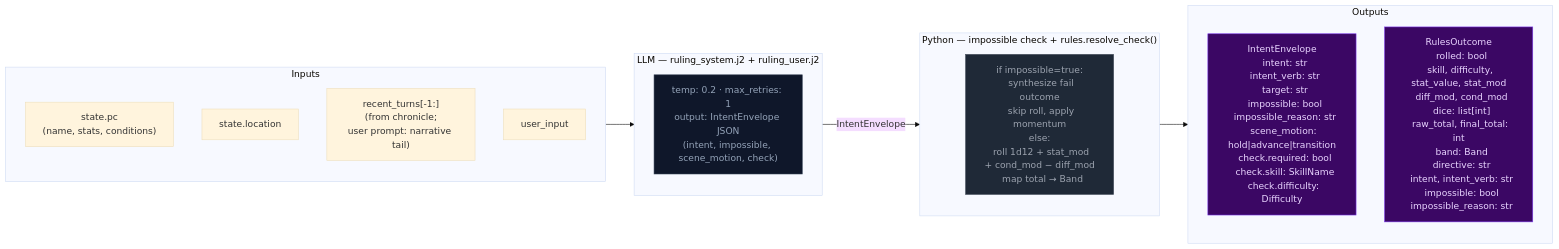
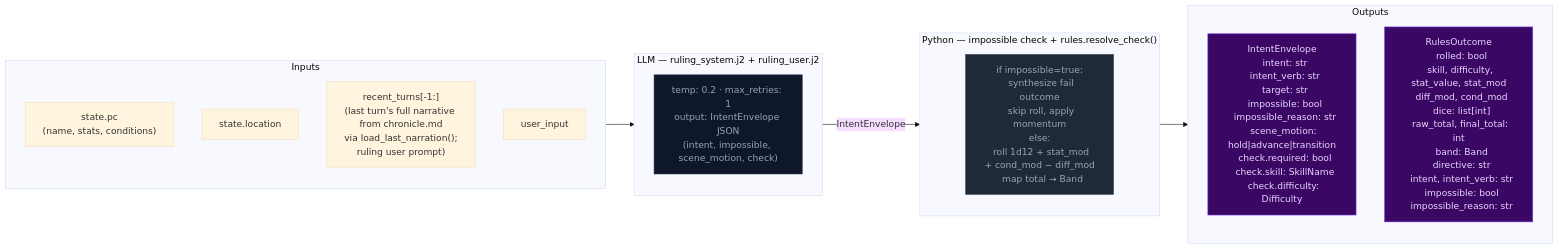
The first of 3 diagrams in docs/architecture/step0-ruling.md (pww217/fablethread), drawn with Mermaid (base theme) before and after one commit. The commit also changed other lines of this file and 6 other files, not shown here.

First line of the commit message:
docs(architecture): fold concept docs into step docs

````diff
--- a/docs/architecture/step0-ruling.md
+++ b/docs/architecture/step0-ruling.md
@@ -8,31 +8,31 @@
 ```mermaid
 flowchart LR
     classDef stageRules fill:#4c1d95,color:#ddd6fe,stroke:#7c3aed
     classDef llmNode    fill:#0f172a,color:#94a3b8,stroke:#334155
     classDef pyNode     fill:#1f2937,color:#9ca3af,stroke:#4b5563
     classDef outNode    fill:#3b0764,color:#e9d5ff,stroke:#7c3aed
 
     subgraph IN["Inputs"]
         I1["state.pc<br>(name, stats, conditions)"]
         I2["state.location"]
-        I3["recent_turns[-1:]<br>(from chronicle;<br>user prompt: narrative tail)"]
+        I3["recent_turns[-1:]<br>(last turn's full narrative from chronicle.md<br>via load_last_narration();<br>ruling user prompt)"]
         I4["user_input"]
     end
 
     subgraph LLM0["LLM — ruling_system.j2 + ruling_user.j2"]
         L0["temp: 0.2 · max_retries: 1<br>output: IntentEnvelope JSON<br>(intent, impossible, scene_motion, check)"]:::llmNode
     end
 
     subgraph PYRES["Python — impossible check + rules.resolve_check()"]
         P0["if impossible=true:<br>  synthesize fail outcome<br>  skip roll, apply momentum<br>else:<br>  roll 1d12 + stat_mod + cond_mod − diff_mod<br>  map total → Band"]:::pyNode
     end
 
     subgraph OUT["Outputs"]
         O1["IntentEnvelope<br>  intent: str<br>  intent_verb: str<br>  target: str<br>  impossible: bool<br>  impossible_reason: str<br>  scene_motion: hold|advance|transition<br>  check.required: bool<br>  check.skill: SkillName<br>  check.difficulty: Difficulty"]:::outNode
         O2["RulesOutcome<br>  rolled: bool<br>  skill, difficulty, stat_value, stat_mod<br>  diff_mod, cond_mod<br>  dice: list[int]<br>  raw_total, final_total: int<br>  band: Band<br>  directive: str<br>  intent, intent_verb: str<br>  impossible: bool<br>  impossible_reason: str"]:::outNode
     end
 
     IN --> LLM0
     LLM0 -- "IntentEnvelope" --> PYRES
     PYRES --> OUT
 ```
````
